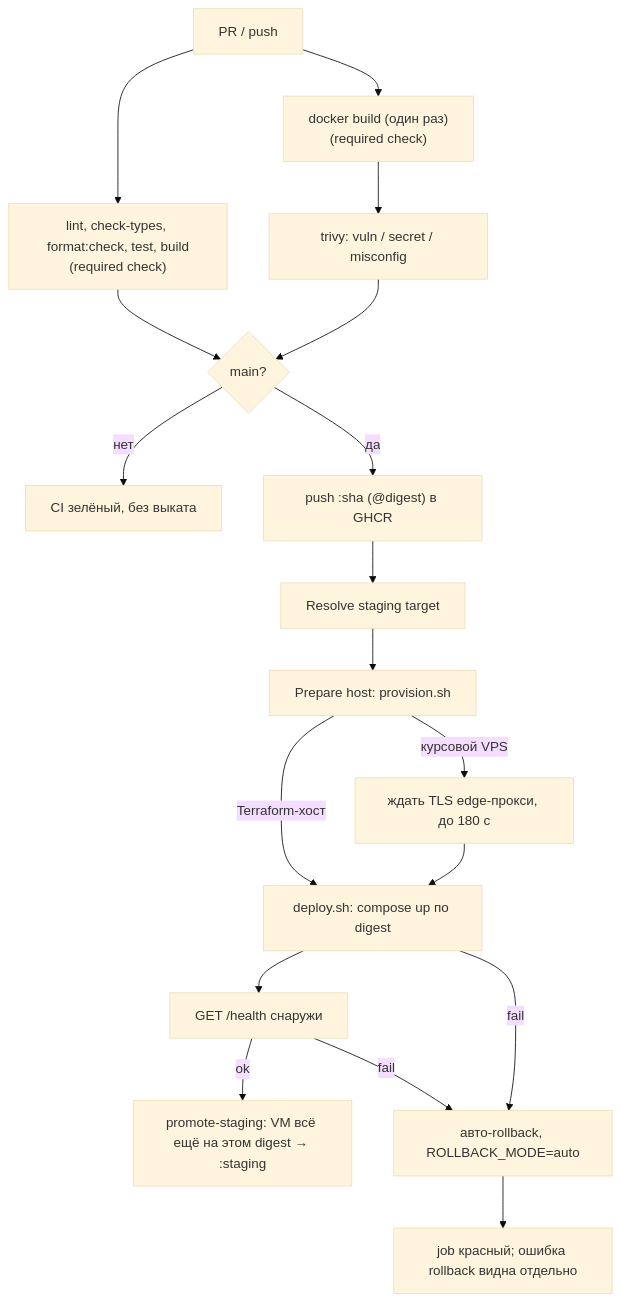
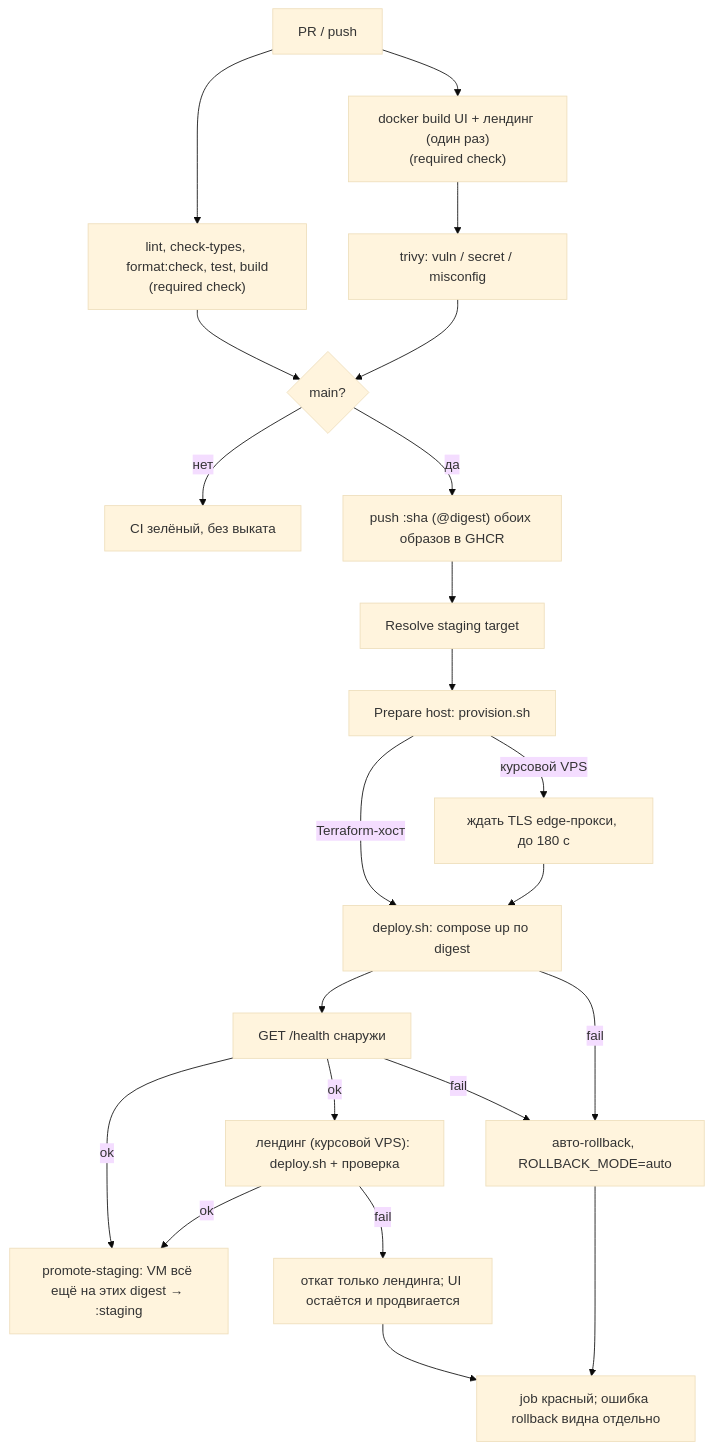
One commit to larchanka-training/dmc-268-ui-t6 changed the diagram in docs/CICD.md. Above: the diagram before and after it, drawn with Mermaid (base theme). The commit also changed other lines of this file and 14 other files, not shown here.

First line of the commit message:
feat(landing): build and deploy the landing image to staging (#168)

````diff
--- a/docs/CICD.md
+++ b/docs/CICD.md
@@ -15,20 +15,24 @@
 ```mermaid
 flowchart TD
   pr["PR / push"] --> quality["lint, check-types, format:check, test, build<br/>(required check)"]
-  pr --> build["docker build (один раз)<br/>(required check)"]
+  pr --> build["docker build UI + лендинг (один раз)<br/>(required check)"]
   build --> scan["trivy: vuln / secret / misconfig"]
   quality --> gate{"main?"}
   scan --> gate
   gate -->|нет| stop["CI зелёный, без выката"]
-  gate -->|да| push["push :sha (@digest) в GHCR"]
+  gate -->|да| push["push :sha (@digest) обоих образов в GHCR"]
   push --> target["Resolve staging target"]
   target --> prep["Prepare host: provision.sh"]
   prep -->|Terraform-хост| deploy["deploy.sh: compose up по digest"]
   prep -->|курсовой VPS| tls["ждать TLS edge-прокси, до 180 с"]
   tls --> deploy
   deploy --> health["GET /health снаружи"]
-  health -->|ok| promote["promote-staging: VM всё ещё на этом digest → :staging"]
+  health -->|ok| landing["лендинг (курсовой VPS): deploy.sh + проверка"]
+  health -->|ok| promote["promote-staging: VM всё ещё на этих digest → :staging"]
+  landing -->|ok| promote
+  landing -->|fail| rbl["откат только лендинга; UI остаётся и продвигается"]
+  rbl --> fail
   health -->|fail| rb["авто-rollback, ROLLBACK_MODE=auto"]
   deploy -->|fail| rb
   rb --> fail["job красный; ошибка rollback видна отдельно"]
 ```
````
